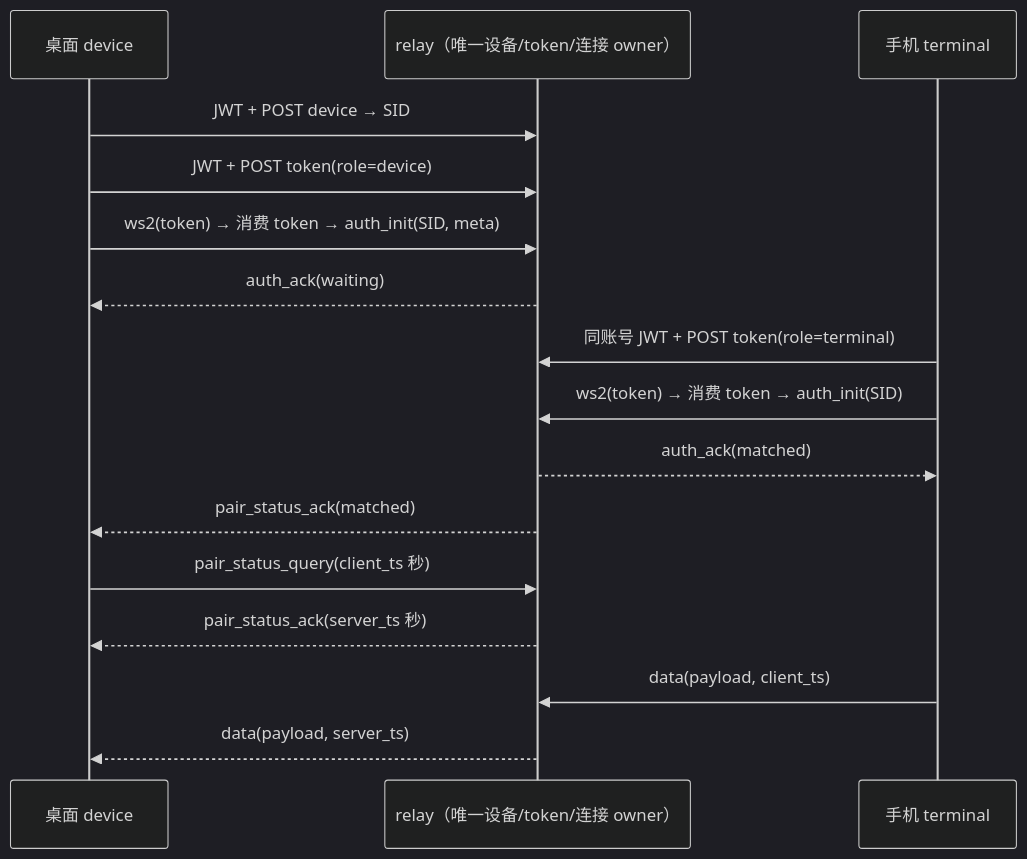
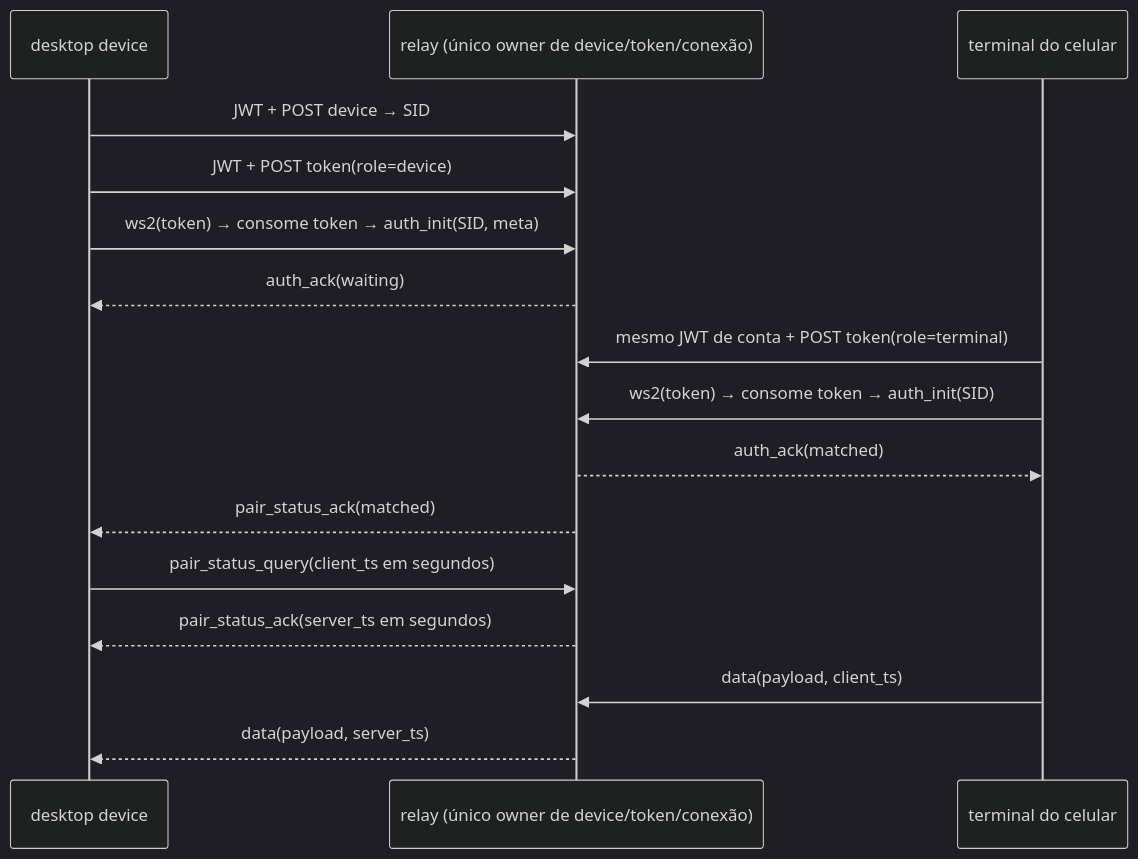
The first of 6 diagrams in docs/web-remote-control/relay-v2-pairing.md (JoaoNetoDev/BR-Code), drawn with Mermaid (dark theme) before and after one commit. The commit also changed other lines of this file and 177 other files, not shown here.

````diff
--- a/docs/web-remote-control/relay-v2-pairing.md
+++ b/docs/web-remote-control/relay-v2-pairing.md
@@ -44,18 +44,18 @@
 ```mermaid
 sequenceDiagram
-    participant D as 桌面 device
-    participant R as relay（唯一设备/token/连接 owner）
-    participant T as 手机 terminal
+    participant D as desktop device
+    participant R as relay (único owner de device/token/conexão)
+    participant T as terminal do celular
     D->>R: JWT + POST device → SID
     D->>R: JWT + POST token(role=device)
-    D->>R: ws2(token) → 消费 token → auth_init(SID, meta)
+    D->>R: ws2(token) → consome token → auth_init(SID, meta)
     R-->>D: auth_ack(waiting)
-    T->>R: 同账号 JWT + POST token(role=terminal)
-    T->>R: ws2(token) → 消费 token → auth_init(SID)
+    T->>R: mesmo JWT de conta + POST token(role=terminal)
+    T->>R: ws2(token) → consome token → auth_init(SID)
     R-->>T: auth_ack(matched)
     R-->>D: pair_status_ack(matched)
-    D->>R: pair_status_query(client_ts 秒)
-    R-->>D: pair_status_ack(server_ts 秒)
+    D->>R: pair_status_query(client_ts em segundos)
+    R-->>D: pair_status_ack(server_ts em segundos)
     T->>R: data(payload, client_ts)
     R-->>D: data(payload, server_ts)
 ```
````
